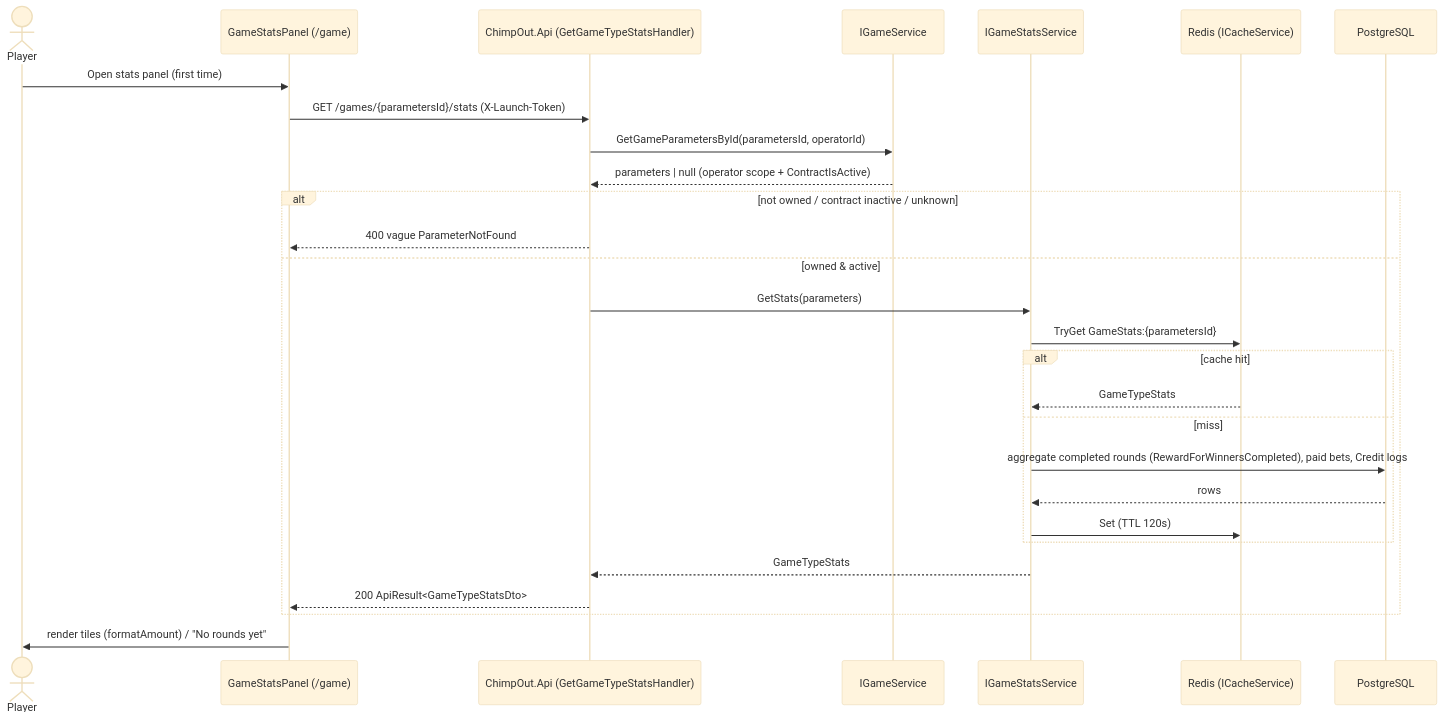
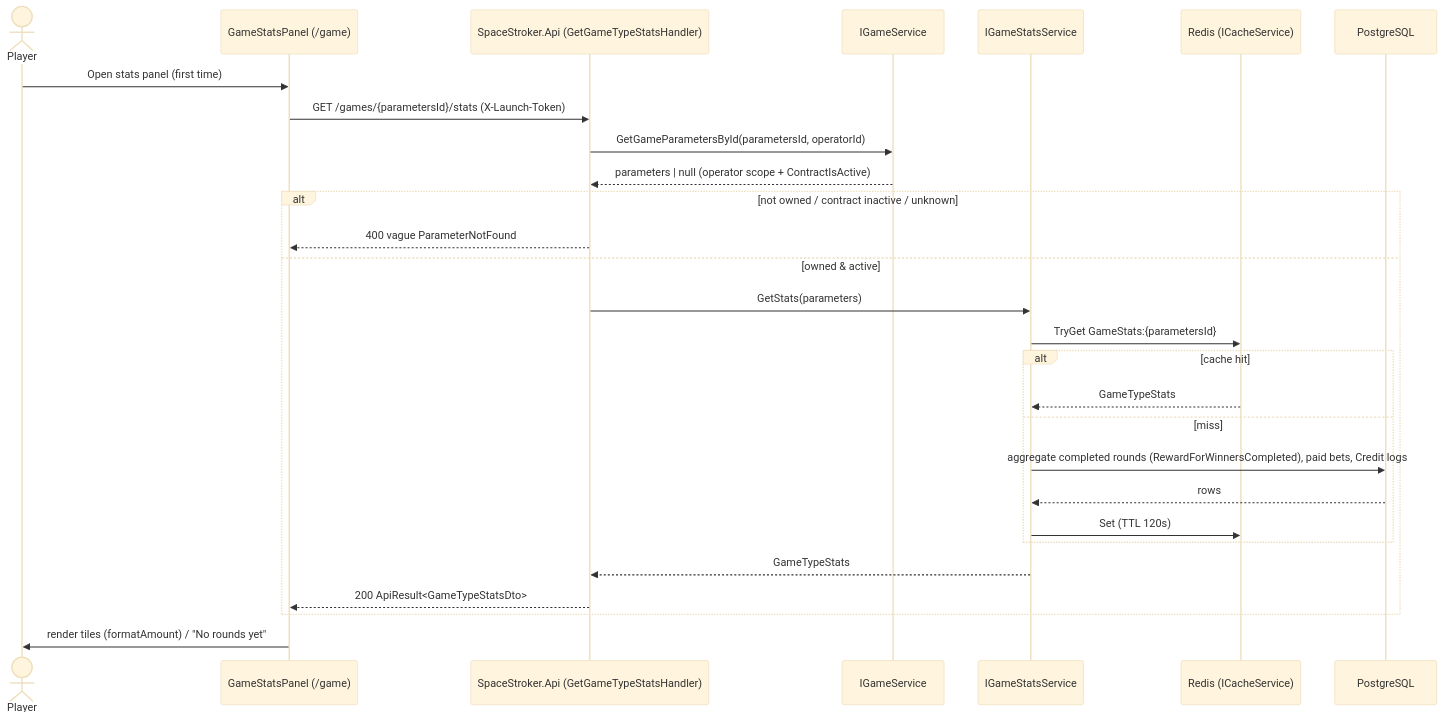
One commit to marcusruas/monkify-meta changed the diagram in specs/game-type-stats.md. Above: the diagram before and after it, drawn with Mermaid (base theme). The commit also changed other lines of this file and 99 other files, not shown here.

First line of the commit message:
Rename ChimpOut -> SpaceStroker across deploy + KB (#75).

````diff
--- a/specs/game-type-stats.md
+++ b/specs/game-type-stats.md
@@ -355,31 +355,31 @@
 ```mermaid
 sequenceDiagram
     actor Player
     participant FE as GameStatsPanel (/game)
-    participant API as ChimpOut.Api (GetGameTypeStatsHandler)
+    participant API as SpaceStroker.Api (GetGameTypeStatsHandler)
     participant SS as IGameService
     participant ST as IGameStatsService
     participant R as Redis (ICacheService)
     participant DB as PostgreSQL
 
     Player->>FE: Open stats panel (first time)
     FE->>API: GET /games/{parametersId}/stats (X-Launch-Token)
     API->>SS: GetGameParametersById(parametersId, operatorId)
     SS-->>API: parameters | null (operator scope + ContractIsActive)
     alt not owned / contract inactive / unknown
         API-->>FE: 400 vague ParameterNotFound
     else owned & active
         API->>ST: GetStats(parameters)
         ST->>R: TryGet GameStats:{parametersId}
         alt cache hit
             R-->>ST: GameTypeStats
         else miss
             ST->>DB: aggregate completed rounds (RewardForWinnersCompleted), paid bets, Credit logs
             DB-->>ST: rows
             ST->>R: Set (TTL 120s)
         end
         ST-->>API: GameTypeStats
         API-->>FE: 200 ApiResult<GameTypeStatsDto>
     end
     FE->>Player: render tiles (formatAmount) / "No rounds yet"
 ```
````
